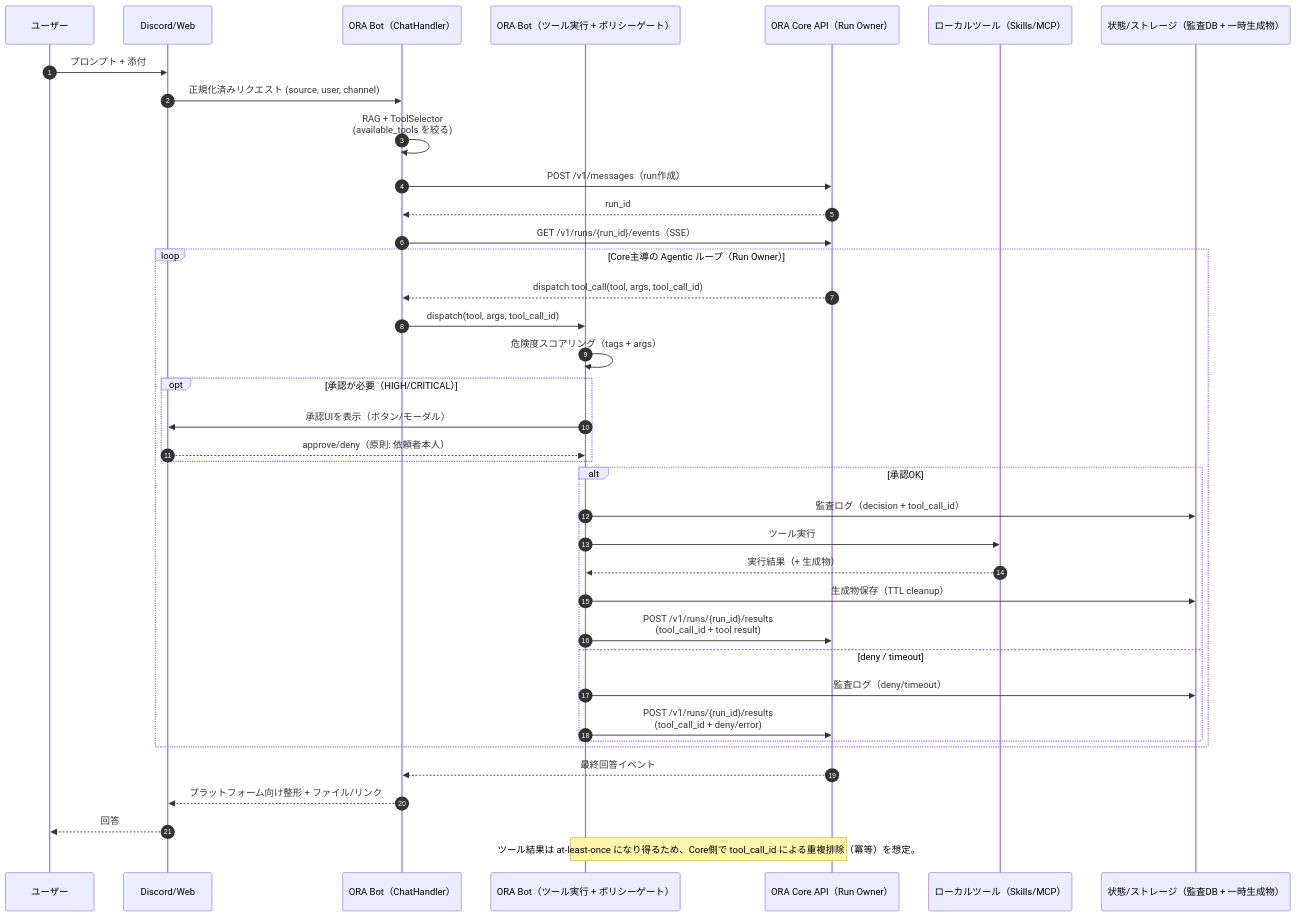
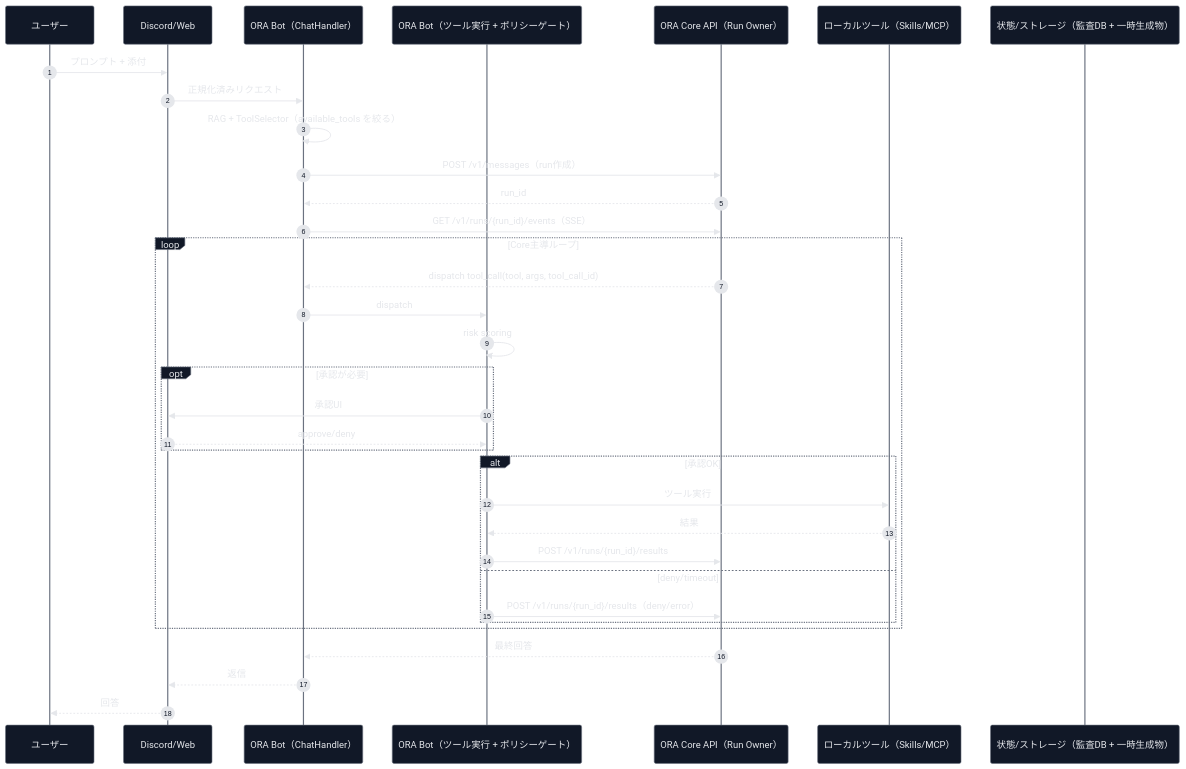
One commit to YoneRai12/ORA changed the diagram in README_JP.md. Above: the diagram before and after it, drawn with Mermaid. The commit also changed other lines of this file and 11 other files, not shown here.

````diff
--- a/README_JP.md
+++ b/README_JP.md
@@ -68,44 +176,40 @@
 ```mermaid
+%%{init: {"theme":"base","themeVariables":{"mainBkg":"#0d1117","textColor":"#e5e7eb","lineColor":"#9ca3af","primaryColor":"#111827","primaryTextColor":"#e5e7eb","primaryBorderColor":"#6b7280","actorBkg":"#111827","actorBorder":"#6b7280","actorTextColor":"#e5e7eb","actorLineColor":"#6b7280","signalColor":"#e5e7eb","signalTextColor":"#e5e7eb","sequenceNumberBgColor":"#e5e7eb","sequenceNumberColor":"#111827","labelBoxBkgColor":"#111827","labelBoxBorderColor":"#6b7280","labelTextColor":"#e5e7eb","loopBkgColor":"#111827","loopBorderColor":"#6b7280","loopTextColor":"#e5e7eb","noteBkgColor":"#111827","noteBorderColor":"#6b7280","noteTextColor":"#e5e7eb","activationBkgColor":"#1f2937","activationBorderColor":"#6b7280"}}}%%
 sequenceDiagram
     autonumber
     participant U as ユーザー
     participant P as Discord/Web
     participant CH as ORA Bot（ChatHandler）
     participant EX as ORA Bot（ツール実行 + ポリシーゲート）
     participant CORE as ORA Core API（Run Owner）
     participant LT as ローカルツール（Skills/MCP）
     participant ST as 状態/ストレージ（監査DB + 一時生成物）
 
     U->>P: プロンプト + 添付
-    P->>CH: 正規化済みリクエスト (source, user, channel)
-    CH->>CH: RAG + ToolSelector<br/>(available_tools を絞る)
+    P->>CH: 正規化済みリクエスト
+    CH->>CH: RAG + ToolSelector（available_tools を絞る）
     CH->>CORE: POST /v1/messages（run作成）
     CORE-->>CH: run_id
     CH->>CORE: GET /v1/runs/{run_id}/events（SSE）
 
-    loop Core主導の Agentic ループ（Run Owner）
+    loop Core主導ループ
         CORE-->>CH: dispatch tool_call(tool, args, tool_call_id)
-        CH->>EX: dispatch(tool, args, tool_call_id)
-        EX->>EX: 危険度スコアリング（tags + args）
-        opt 承認が必要（HIGH/CRITICAL）
-            EX->>P: 承認UIを表示（ボタン/モーダル）
-            P-->>EX: approve/deny（原則: 依頼者本人）
+        CH->>EX: dispatch
+        EX->>EX: risk scoring
+        opt 承認が必要
+            EX->>P: 承認UI
+            P-->>EX: approve/deny
         end
         alt 承認OK
-            EX->>ST: 監査ログ（decision + tool_call_id）
             EX->>LT: ツール実行
-            LT-->>EX: 実行結果（+ 生成物）
-            EX->>ST: 生成物保存（TTL cleanup）
-            EX->>CORE: POST /v1/runs/{run_id}/results<br/>(tool_call_id + tool result)
-        else deny / timeout
-            EX->>ST: 監査ログ（deny/timeout）
-            EX->>CORE: POST /v1/runs/{run_id}/results<br/>(tool_call_id + deny/error)
+            LT-->>EX: 結果
+            EX->>CORE: POST /v1/runs/{run_id}/results
+        else deny/timeout
+            EX->>CORE: POST /v1/runs/{run_id}/results（deny/error）
         end
     end
 
-    CORE-->>CH: 最終回答イベント
-    CH-->>P: プラットフォーム向け整形 + ファイル/リンク
+    CORE-->>CH: 最終回答
+    CH-->>P: 返信
     P-->>U: 回答
-
-    Note over EX,CORE: ツール結果は at-least-once になり得るため、Core側で tool_call_id による重複排除（冪等）を想定。
 ```
````
